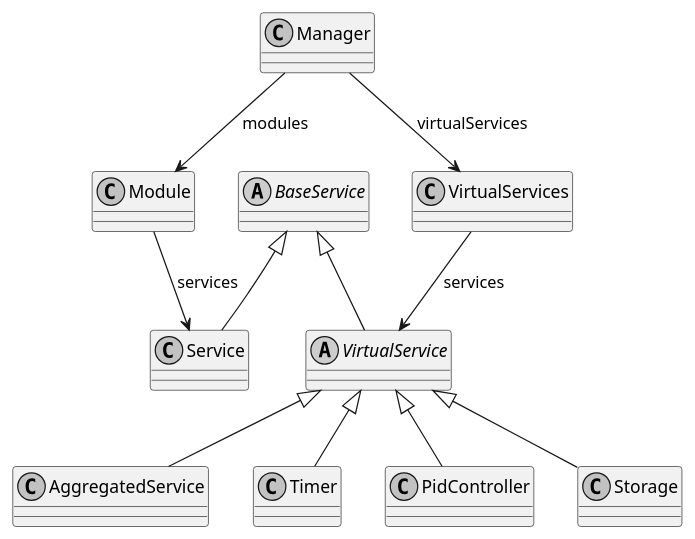
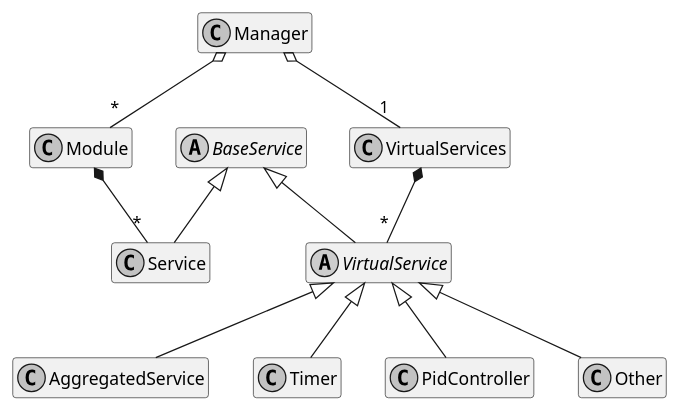
The diagram in doc/virtualservice.puml (p2o-lab/polaris-backend), drawn with PlantUML before and after one commit. The commit also changed 11 other files, not shown here.

Commit message:
add UML diagrams

```diff
--- a/doc/virtualservice.puml
+++ b/doc/virtualservice.puml
@@ -1,38 +1,40 @@
 @startuml
 skinparam monochrome true
+hide methods
+hide attributes
 
 abstract class BaseService
 
 class Service
 
 abstract class VirtualService
 
 class AggregatedService
 
 class Timer
 
 class PidController
 
-class Storage
+class Other
 
 
 
 BaseService <|-- Service
 BaseService <|-- VirtualService
 
 VirtualService <|-- AggregatedService
 VirtualService <|-- Timer
 VirtualService <|-- PidController
-VirtualService <|-- Storage
+VirtualService <|-- Other
 
 class VirtualServices
 
 class Manager
 class Module
 
-Module --> Service : services
-Manager --> Module: modules
-Manager --> VirtualServices: virtualServices
-VirtualServices --> VirtualService : services
+Module *-- "*" Service
+Manager o-- "*" Module
+Manager o-- "1" VirtualServices
+VirtualServices *-- "*" VirtualService
 
 @enduml
```
